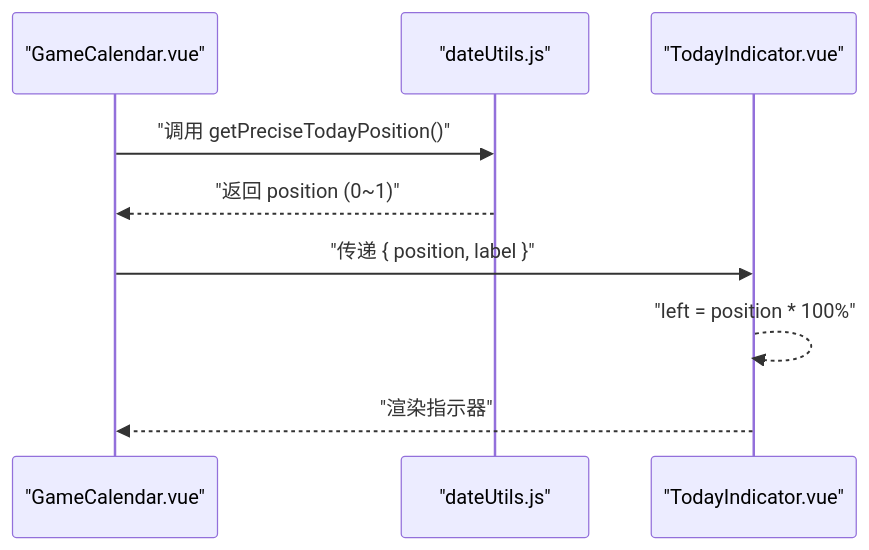
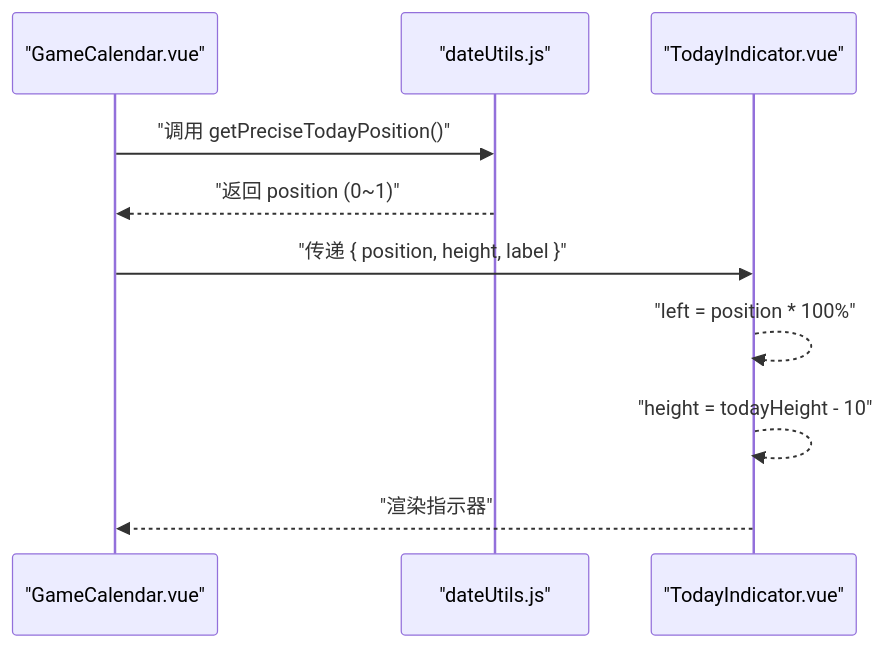
The second of 6 diagrams in .qoder/repowiki/zh/content/核心组件/TodayIndicator 今日指示器组件.md (xuanyulingnfeg/gameCalendar), drawn with Mermaid before and after one commit. The commit also changed other lines of this file and 7 other files, not shown here.

````diff
--- a/.qoder/repowiki/zh/content/核心组件/TodayIndicator 今日指示器组件.md
+++ b/.qoder/repowiki/zh/content/核心组件/TodayIndicator 今日指示器组件.md
@@ -98,11 +109,12 @@
 ```mermaid
 sequenceDiagram
 participant GC as "GameCalendar.vue"
 participant DU as "dateUtils.js"
 participant TI as "TodayIndicator.vue"
 GC->>DU : "调用 getPreciseTodayPosition()"
 DU-->>GC : "返回 position (0~1)"
-GC->>TI : "传递 { position, label }"
+GC->>TI : "传递 { position, height, label }"
 TI-->>TI : "left = position * 100%"
+TI-->>TI : "height = todayHeight - 10"
 TI-->>GC : "渲染指示器"
 ```
````
